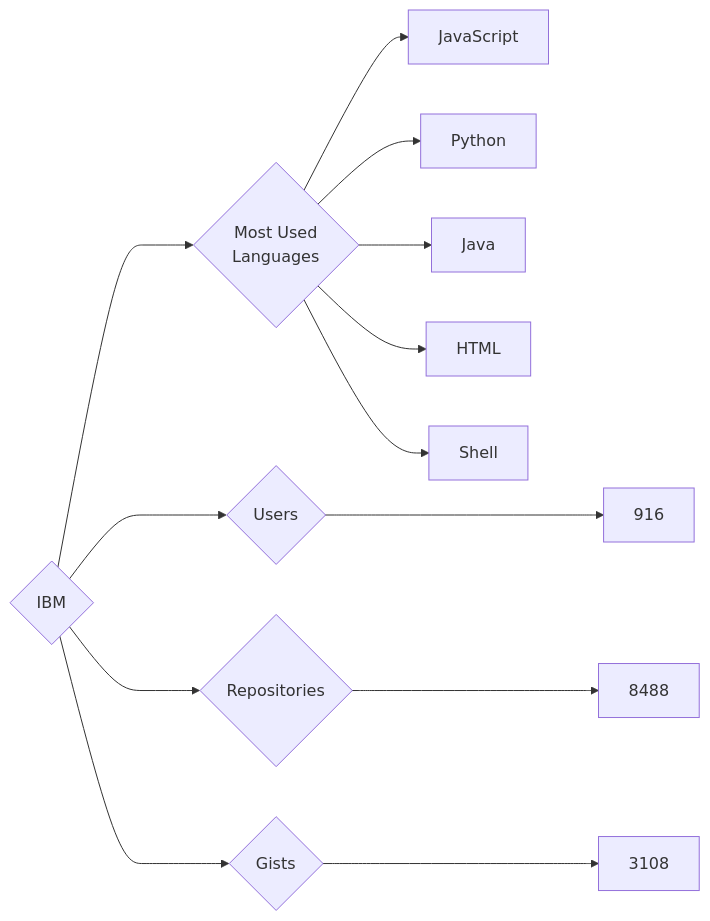
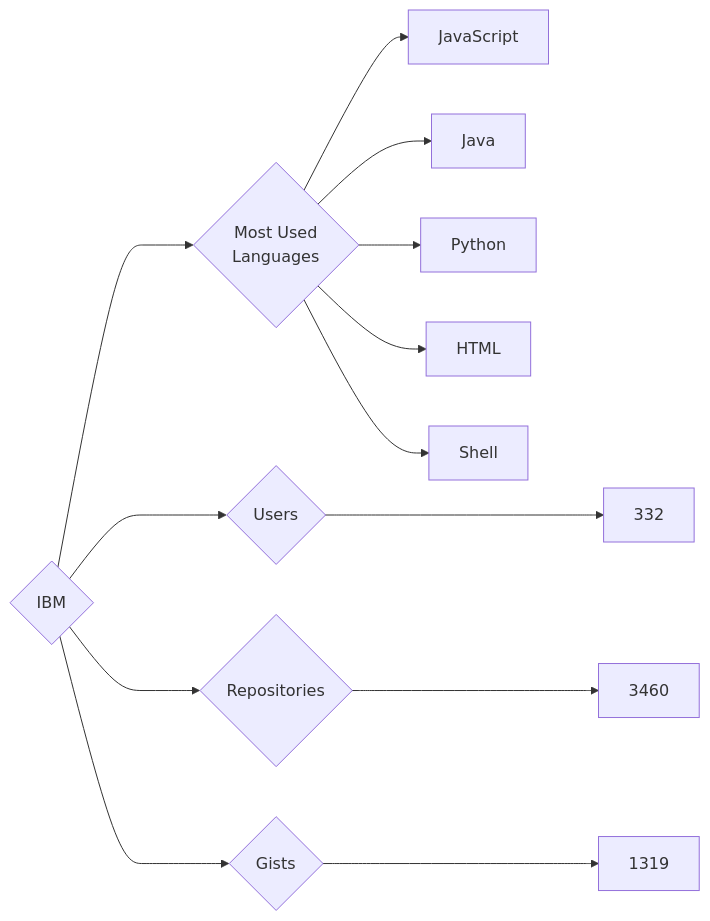
One commit to trickest/insiders changed the diagram in targets/IBM/README.md. Above: the diagram before and after it, drawn with Mermaid. The commit also changed 837 other files, not shown here.

````diff
--- a/targets/IBM/README.md
+++ b/targets/IBM/README.md
@@ -3,13 +3,13 @@
 ```mermaid
 graph LR
 COMPANY_NAME{IBM}
-COMPANY_NAME ---> U{Users} ---> UN[916]
-COMPANY_NAME ---> R{Repositories} ---> RN[8488]
-COMPANY_NAME ---> G{Gists} ---> GN[3108]
+COMPANY_NAME ---> U{Users} ---> UN[332]
+COMPANY_NAME ---> R{Repositories} ---> RN[3460]
+COMPANY_NAME ---> G{Gists} ---> GN[1319]
 COMPANY_NAME ---> ML{Most Used<br>Languages}
 ML --> JavaScript[JavaScript]
+ML --> Java[Java]
 ML --> Python[Python]
-ML --> Java[Java]
 ML --> HTML[HTML]
 ML --> Shell[Shell]
 ```
````
